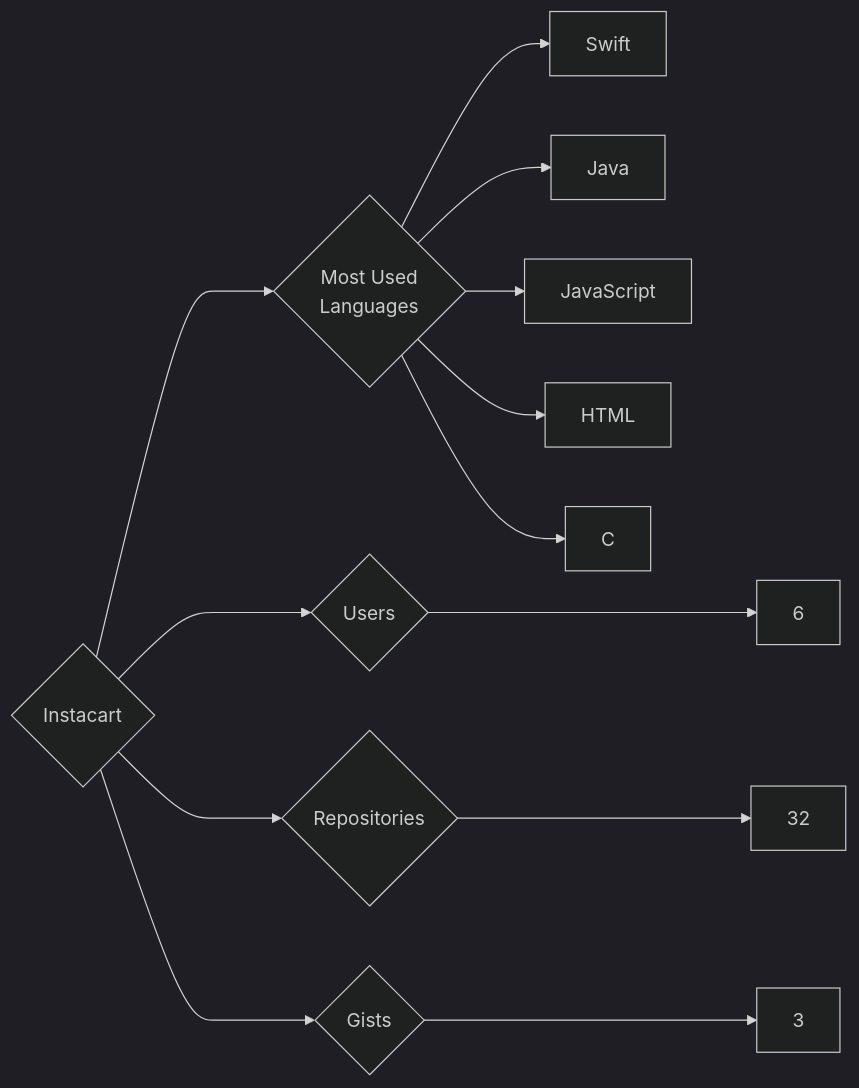
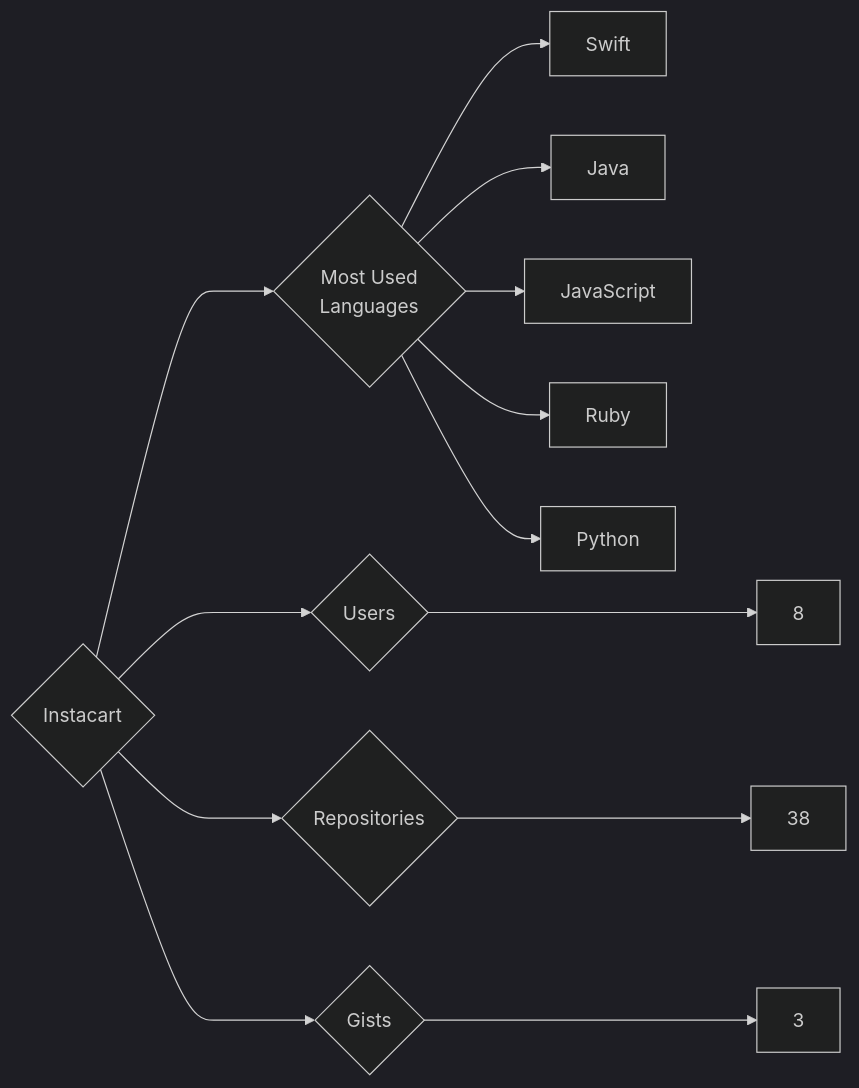
One commit to trickest/insiders changed the diagram in targets/Instacart/README.md. Above: the diagram before and after it, drawn with Mermaid (dark theme). The commit also changed 815 other files, not shown here.

````diff
--- a/targets/Instacart/README.md
+++ b/targets/Instacart/README.md
@@ -3,13 +3,13 @@
 ```mermaid
 graph LR
 COMPANY_NAME{Instacart}
-COMPANY_NAME ---> U{Users} ---> UN[6]
-COMPANY_NAME ---> R{Repositories} ---> RN[32]
+COMPANY_NAME ---> U{Users} ---> UN[8]
+COMPANY_NAME ---> R{Repositories} ---> RN[38]
 COMPANY_NAME ---> G{Gists} ---> GN[3]
 COMPANY_NAME ---> ML{Most Used<br>Languages}
 ML --> Swift[Swift]
 ML --> Java[Java]
 ML --> JavaScript[JavaScript]
-ML --> HTML[HTML]
-ML --> C[C]
+ML --> Ruby[Ruby]
+ML --> Python[Python]
 ```
````
